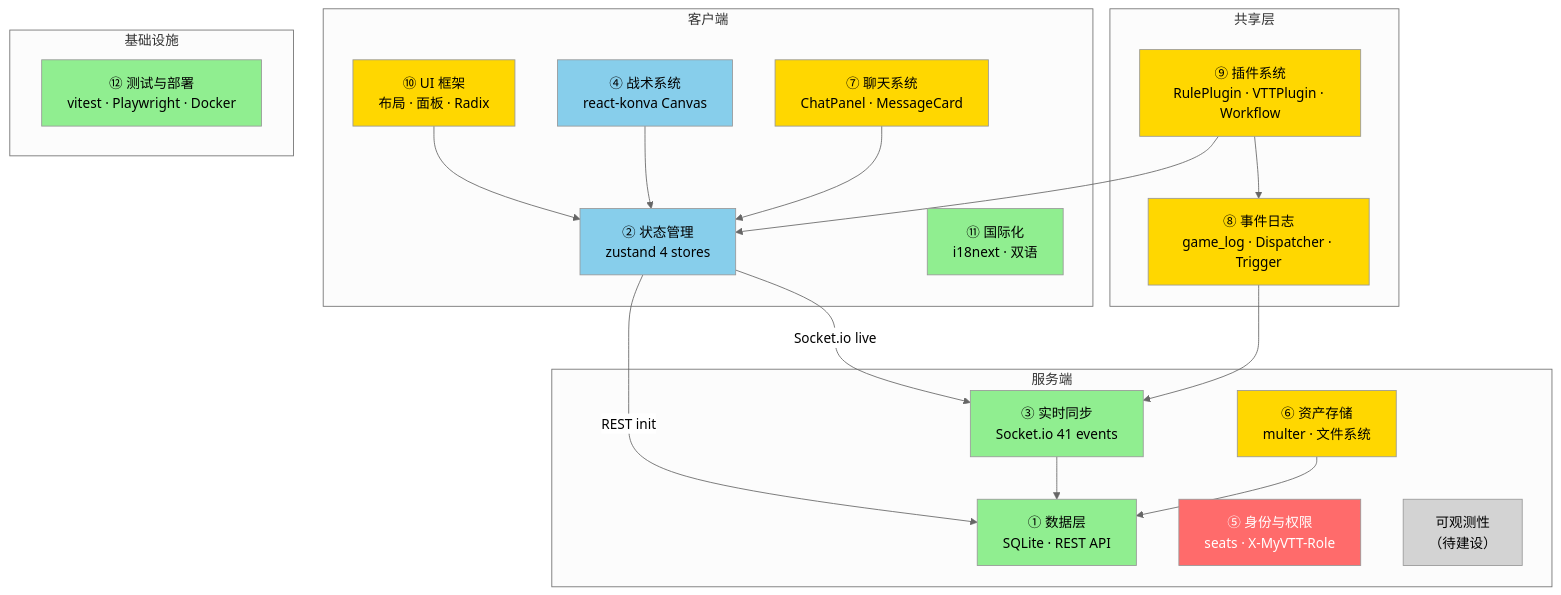
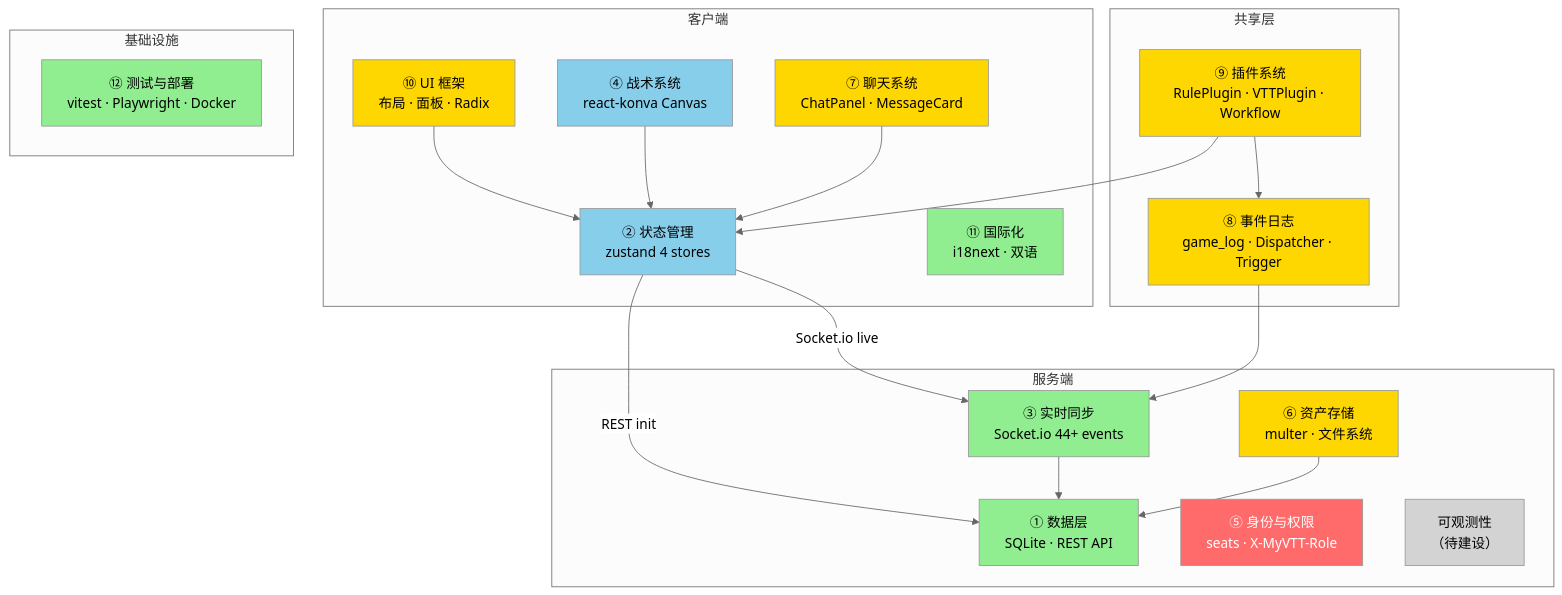
One commit to RidRisR/myVTT changed the first of 7 diagrams in docs/design/18-系统架构现状与演进分析.md. Above: the diagram before and after it, drawn with Mermaid (neutral theme). The commit also changed other lines of this file and 11 other files, not shown here.

````diff
--- a/docs/design/18-系统架构现状与演进分析.md
+++ b/docs/design/18-系统架构现状与演进分析.md
@@ -22,52 +22,52 @@
 ```mermaid
 graph TB
     subgraph Client["客户端"]
         UI["⑩ UI 框架<br/>布局 · 面板 · Radix"]
         TS["④ 战术系统<br/>react-konva Canvas"]
         CHAT["⑦ 聊天系统<br/>ChatPanel · MessageCard"]
         SM["② 状态管理<br/>zustand 4 stores"]
         I18N["⑪ 国际化<br/>i18next · 双语"]
     end
 
     subgraph Shared["共享层"]
         PS["⑨ 插件系统<br/>RulePlugin · VTTPlugin · Workflow"]
         LOG["⑧ 事件日志<br/>game_log · Dispatcher · Trigger"]
     end
 
     subgraph Server["服务端"]
-        RT["③ 实时同步<br/>Socket.io 41 events"]
+        RT["③ 实时同步<br/>Socket.io 44+ events"]
         DL["① 数据层<br/>SQLite · REST API"]
         AS["⑥ 资产存储<br/>multer · 文件系统"]
         AUTH["⑤ 身份与权限<br/>seats · X-MyVTT-Role"]
         OBS["可观测性<br/>（待建设）"]
     end
 
     subgraph Infra["基础设施"]
         TD["⑫ 测试与部署<br/>vitest · Playwright · Docker"]
     end
 
     UI --> SM
     TS --> SM
     CHAT --> SM
     SM -->|"REST init"| DL
     SM -->|"Socket.io live"| RT
     PS --> SM
     PS --> LOG
     LOG --> RT
     RT --> DL
     AS --> DL
 
     style AUTH fill:#FF6B6B,color:#fff
     style AS fill:#FFD700
     style CHAT fill:#FFD700
     style LOG fill:#FFD700
     style PS fill:#FFD700
     style UI fill:#FFD700
     style SM fill:#87CEEB
     style TS fill:#87CEEB
     style DL fill:#90EE90
     style RT fill:#90EE90
     style I18N fill:#90EE90
     style TD fill:#90EE90
     style OBS fill:#D3D3D3
 ```
````
